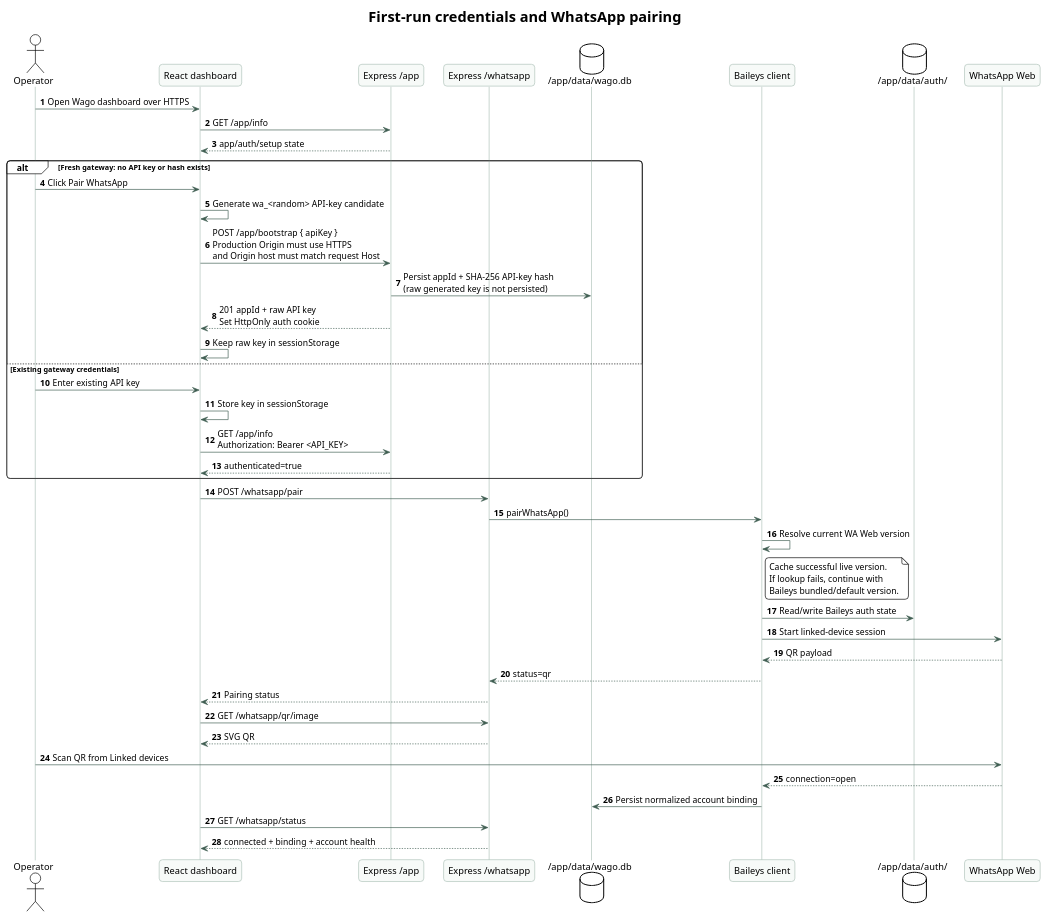
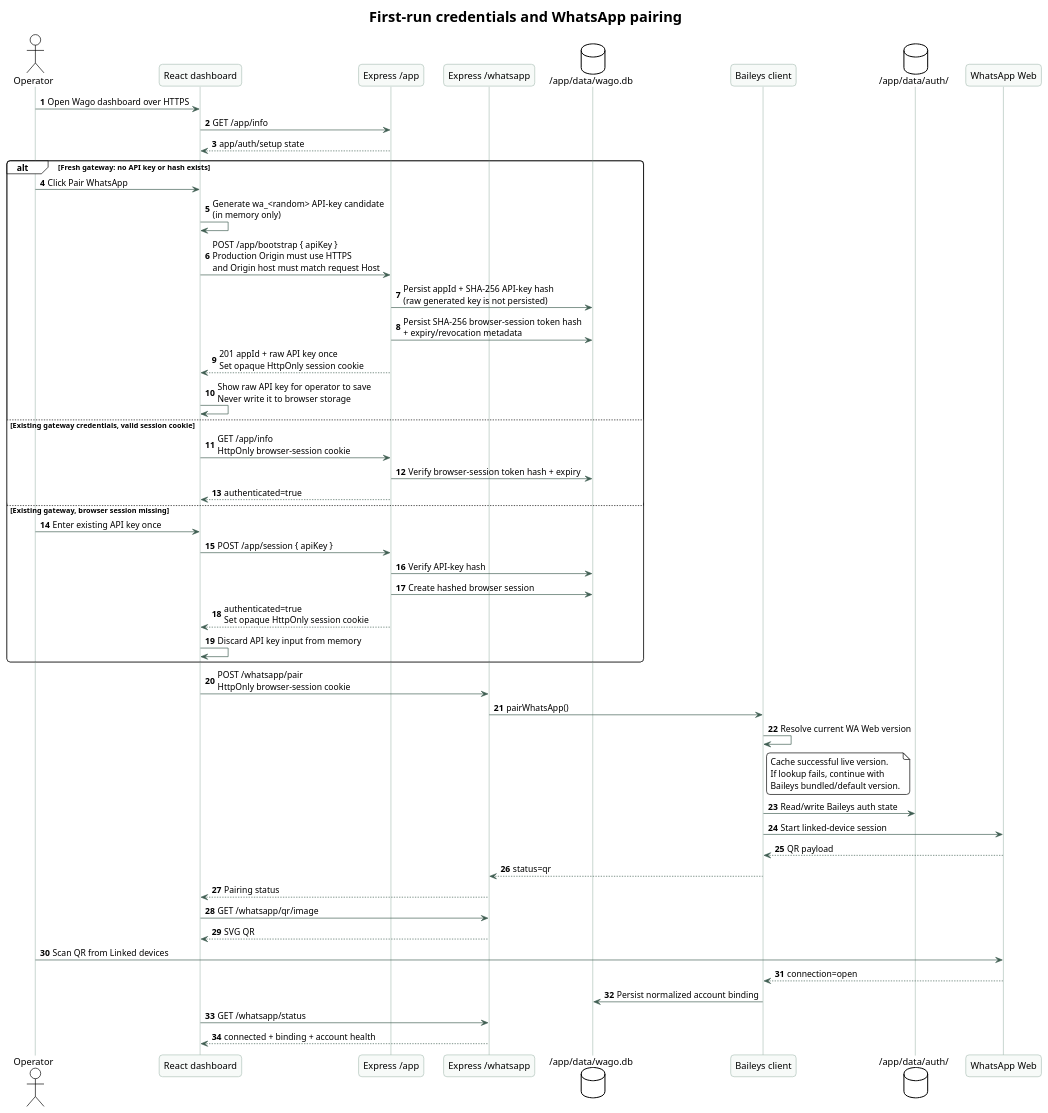
The diagram in docs/diagrams/bootstrap-pairing-flow.puml (howlil/wago), drawn with PlantUML before and after one commit. The commit also changed 22 other files, not shown here.

First line of the commit message:
refactor: separate browser sessions from API keys

```diff
--- a/docs/diagrams/bootstrap-pairing-flow.puml
+++ b/docs/diagrams/bootstrap-pairing-flow.puml
@@ -1,63 +1,70 @@
 @startuml
 !theme plain
 skinparam backgroundColor #FFFFFF
 skinparam shadowing false
 skinparam roundcorner 10
 skinparam defaultFontName sans-serif
 skinparam ArrowColor #3F5E52
 skinparam ParticipantBorderColor #AFC2B9
 skinparam ParticipantBackgroundColor #F7FAF8
 skinparam SequenceLifeLineBorderColor #AFC2B9
 skinparam SequenceLifeLineBackgroundColor #F7FAF8
 
 title First-run credentials and WhatsApp pairing
 
 autonumber
 actor Operator
 participant "React dashboard" as UI
 participant "Express /app" as App
 participant "Express /whatsapp" as WaRoutes
 database "/app/data/wago.db" as Database
 participant "Baileys client" as Baileys
 database "/app/data/auth/" as Auth
 participant "WhatsApp Web" as WhatsApp
 
 Operator -> UI : Open Wago dashboard over HTTPS
 UI -> App : GET /app/info
 App --> UI : app/auth/setup state
 
 alt Fresh gateway: no API key or hash exists
   Operator -> UI : Click Pair WhatsApp
-  UI -> UI : Generate wa_<random> API-key candidate
+  UI -> UI : Generate wa_<random> API-key candidate\n(in memory only)
   UI -> App : POST /app/bootstrap { apiKey }\nProduction Origin must use HTTPS\nand Origin host must match request Host
   App -> Database : Persist appId + SHA-256 API-key hash\n(raw generated key is not persisted)
-  App --> UI : 201 appId + raw API key\nSet HttpOnly auth cookie
-  UI -> UI : Keep raw key in sessionStorage
-else Existing gateway credentials
-  Operator -> UI : Enter existing API key
-  UI -> UI : Store key in sessionStorage
-  UI -> App : GET /app/info\nAuthorization: Bearer <API_KEY>
+  App -> Database : Persist SHA-256 browser-session token hash\n+ expiry/revocation metadata
+  App --> UI : 201 appId + raw API key once\nSet opaque HttpOnly session cookie
+  UI -> UI : Show raw API key for operator to save\nNever write it to browser storage
+else Existing gateway credentials, valid session cookie
+  UI -> App : GET /app/info\nHttpOnly browser-session cookie
+  App -> Database : Verify browser-session token hash + expiry
   App --> UI : authenticated=true
+else Existing gateway, browser session missing
+  Operator -> UI : Enter existing API key once
+  UI -> App : POST /app/session { apiKey }
+  App -> Database : Verify API-key hash
+  App -> Database : Create hashed browser session
+  App --> UI : authenticated=true\nSet opaque HttpOnly session cookie
+  UI -> UI : Discard API key input from memory
 end
 
-UI -> WaRoutes : POST /whatsapp/pair
+UI -> WaRoutes : POST /whatsapp/pair\nHttpOnly browser-session cookie
 WaRoutes -> Baileys : pairWhatsApp()
 Baileys -> Baileys : Resolve current WA Web version
 note right of Baileys
   Cache successful live version.
   If lookup fails, continue with
   Baileys bundled/default version.
 end note
 Baileys -> Auth : Read/write Baileys auth state
 Baileys -> WhatsApp : Start linked-device session
 WhatsApp --> Baileys : QR payload
 Baileys --> WaRoutes : status=qr
 WaRoutes --> UI : Pairing status
 UI -> WaRoutes : GET /whatsapp/qr/image
 WaRoutes --> UI : SVG QR
 Operator -> WhatsApp : Scan QR from Linked devices
 WhatsApp --> Baileys : connection=open
 Baileys -> Database : Persist normalized account binding
 UI -> WaRoutes : GET /whatsapp/status
 WaRoutes --> UI : connected + binding + account health
 @enduml
```
